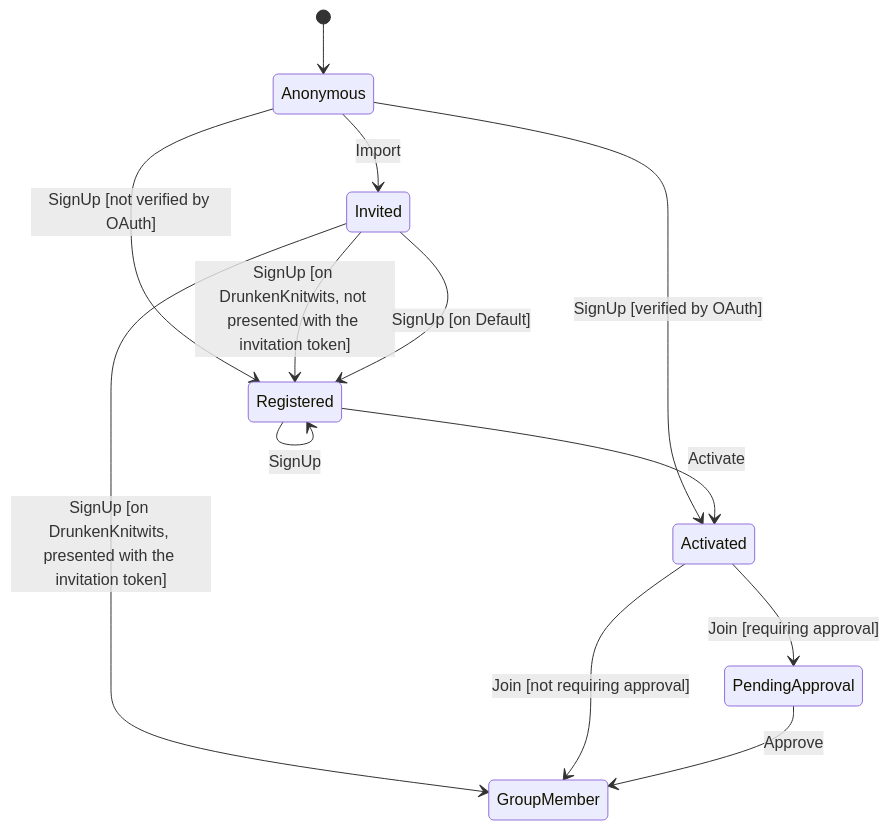
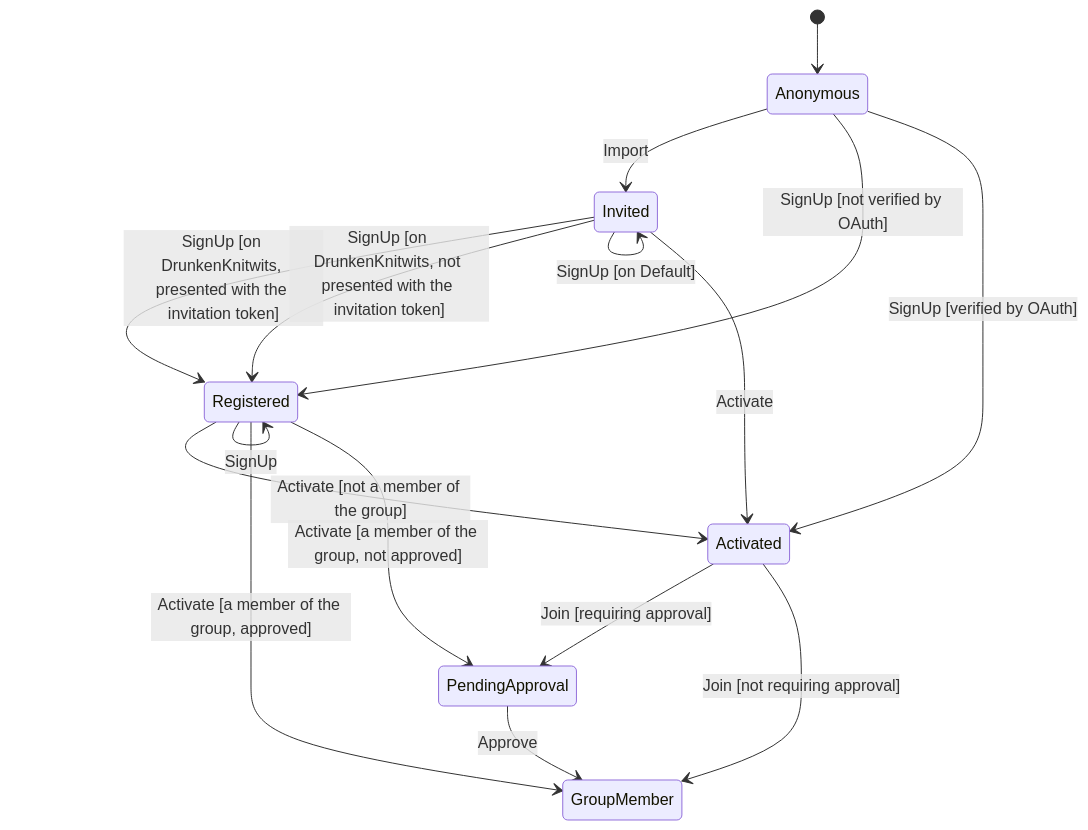
One commit to kurthamilton/ODK changed the diagram in docs/workflows/account-creation.md. Above: the diagram before and after it, drawn with Mermaid. The commit also changed other lines of this file and 29 other files, not shown here.

Commit message:
(workflows): phase 2 - implement invite accept flow (#258)

````diff
--- a/docs/workflows/account-creation.md
+++ b/docs/workflows/account-creation.md
@@ -5,15 +5,18 @@
 ```mermaid
 stateDiagram-v2
     [*] --> Anonymous
     Anonymous --> Invited: Import
     Anonymous --> Registered: SignUp [not verified by OAuth]
     Anonymous --> Activated: SignUp [verified by OAuth]
     Registered --> Registered: SignUp
-    Invited --> GroupMember: SignUp [on DrunkenKnitwits, presented with the invitation token]
+    Invited --> Registered: SignUp [on DrunkenKnitwits, presented with the invitation token]
     Invited --> Registered: SignUp [on DrunkenKnitwits, not presented with the invitation token]
-    Invited --> Registered: SignUp [on Default]
-    Registered --> Activated: Activate
+    Invited --> Invited: SignUp [on Default]
+    Invited --> Activated: Activate
+    Registered --> Activated: Activate [not a member of the group]
+    Registered --> GroupMember: Activate [a member of the group, approved]
+    Registered --> PendingApproval: Activate [a member of the group, not approved]
     Activated --> PendingApproval: Join [requiring approval]
     Activated --> GroupMember: Join [not requiring approval]
     PendingApproval --> GroupMember: Approve
 ```
````
